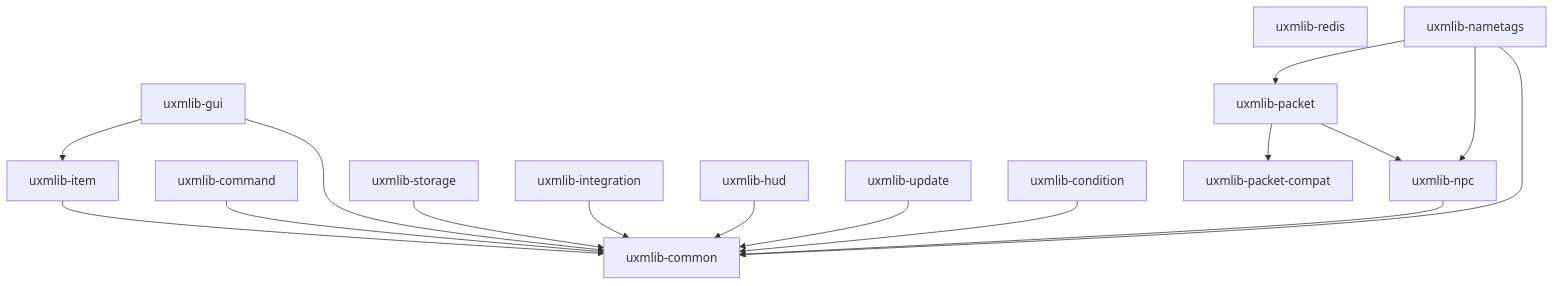
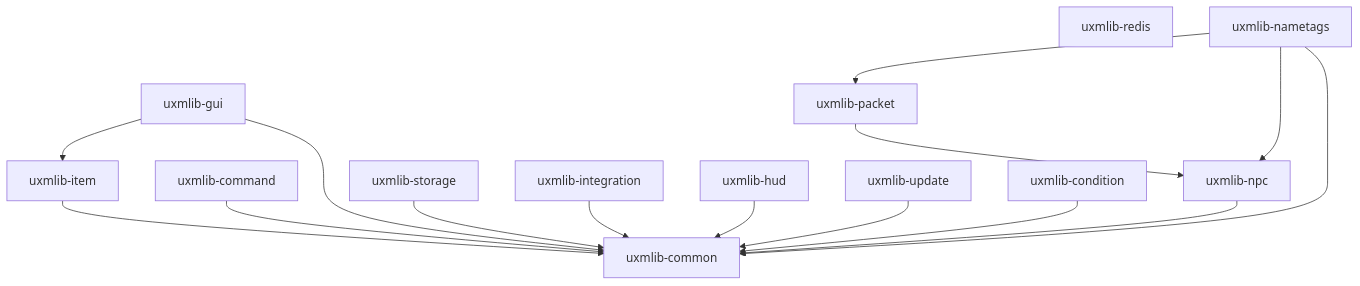
Before and after one commit to UXPLIMA/uxm-lib: the diagram in README.md, drawn with Mermaid. The commit also changed other lines of this file and 24 other files, not shown here.

````diff
--- a/README.md
+++ b/README.md
@@ -120,20 +119,19 @@
 ```mermaid
 graph TD
     common[uxmlib-common]
     item[uxmlib-item] --> common
     command[uxmlib-command] --> common
     gui[uxmlib-gui] --> common
     gui --> item
     storage[uxmlib-storage] --> common
     integration[uxmlib-integration] --> common
     hud[uxmlib-hud] --> common
     update[uxmlib-update] --> common
     condition[uxmlib-condition] --> common
     redis[uxmlib-redis]
     npc[uxmlib-npc] --> common
     packet[uxmlib-packet] --> npc
-    packet --> compat[uxmlib-packet-compat]
     nametags[uxmlib-nametags] --> common
     nametags --> npc
     nametags --> packet
 ```
````
